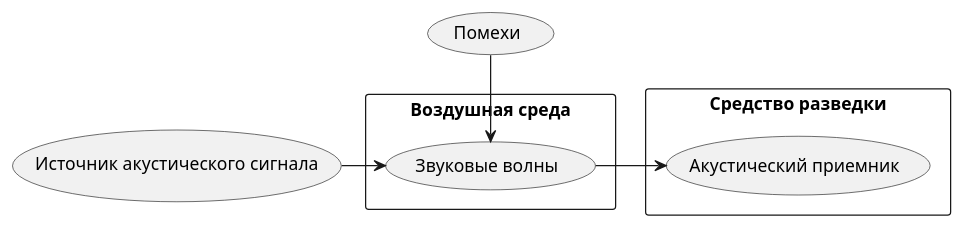
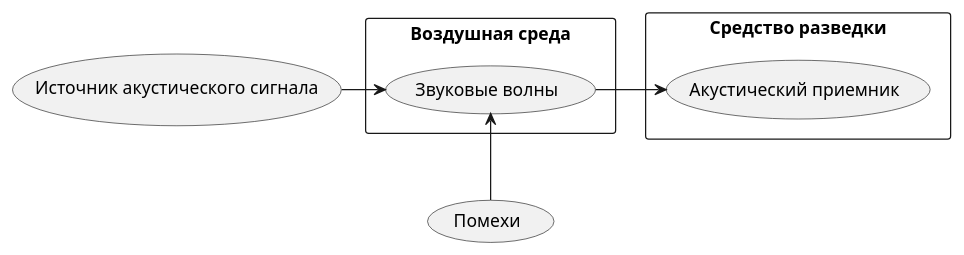
The diagram in Заметки/ТКУИ за счет перехвата акустических сигналов микрофонами.md (almkuznetsov/bmstu-kb), drawn with PlantUML before and after one commit. The commit also changed 19 other files, not shown here.

````diff
--- a/Заметки/ТКУИ за счет перехвата акустических сигналов микрофонами.md
+++ b/Заметки/ТКУИ за счет перехвата акустических сигналов микрофонами.md
@@ -1,15 +1,15 @@
 ```plantuml
 @startuml
 usecase "Источник акустического сигнала" as IAS
 rectangle "Воздушная среда" {
     usecase "Звуковые волны" as Zvuk
 }
 usecase "Помехи" as Pomehi
-Pomehi -down-> Zvuk
+Pomehi -up-> Zvuk
 IAS -> Zvuk
 rectangle "Средство разведки" {
 usecase "Акустический приемник" as AP
 }
 Zvuk -> AP
 @enduml
 ```
````
